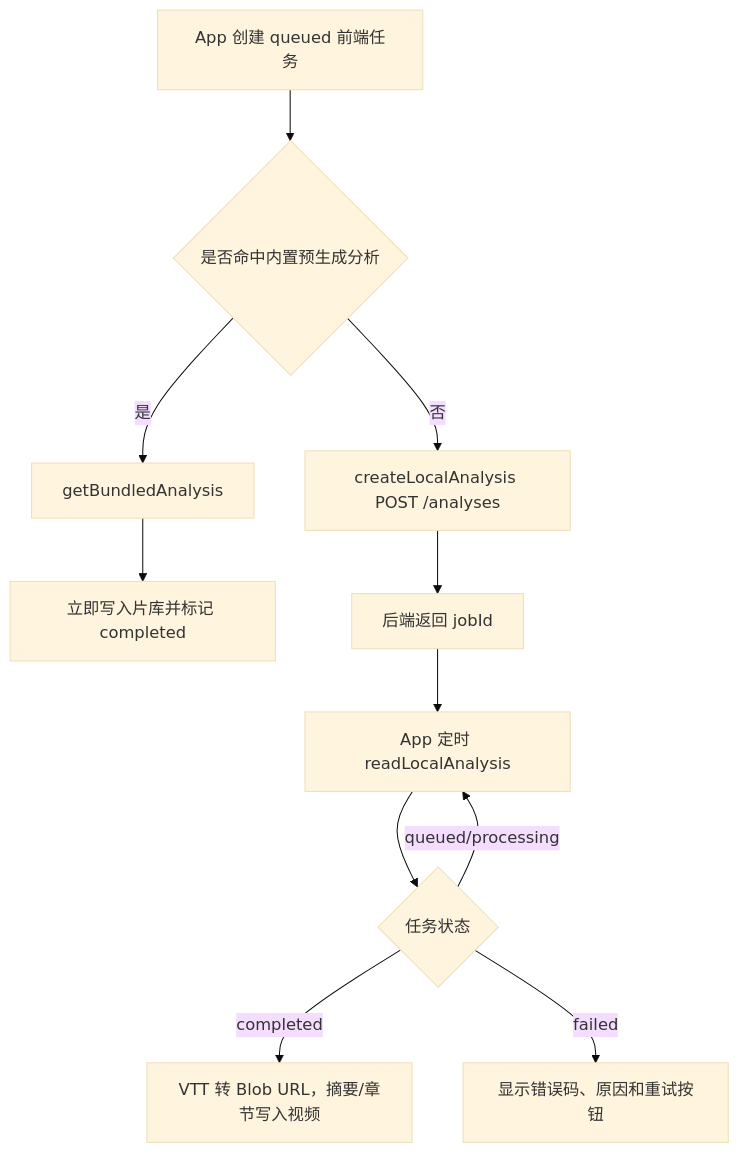
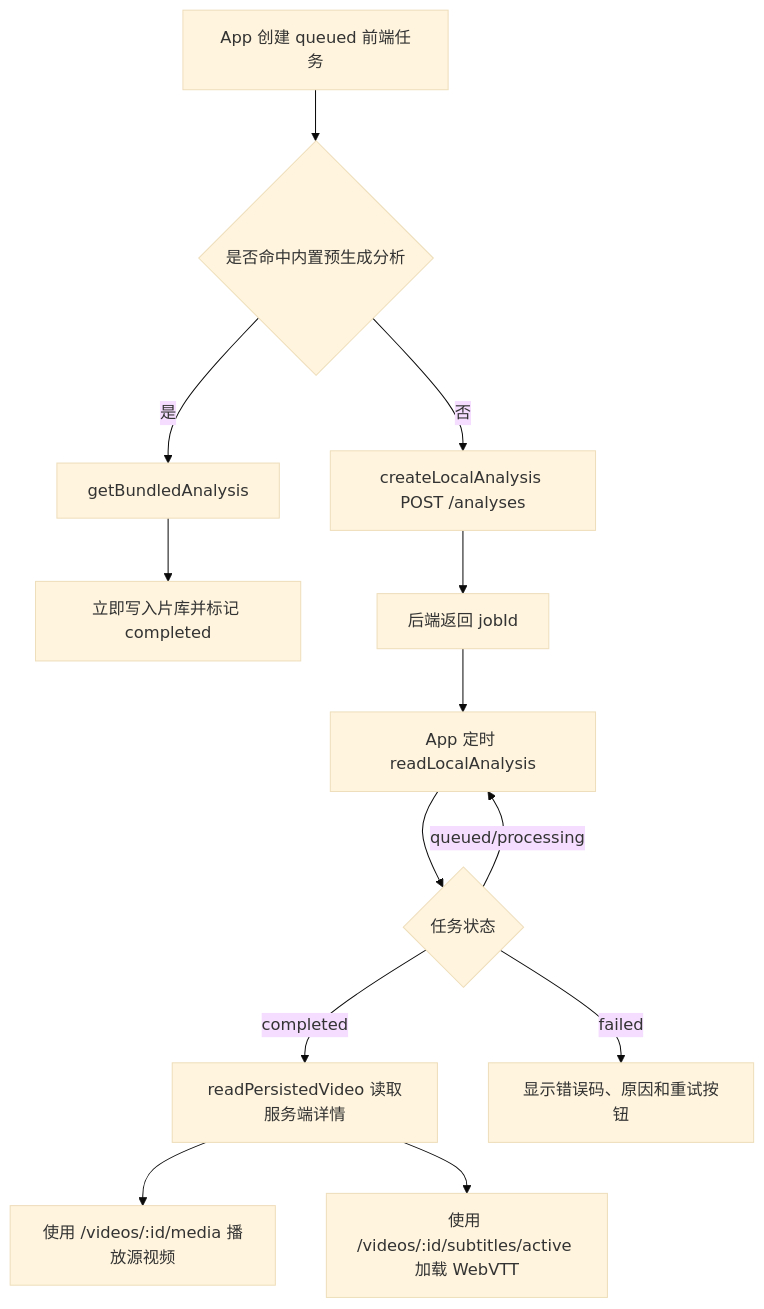
Before and after one commit to qwe605/xunlei_ai_video: diagram 11 of 20 in docs/项目说明文档.md, drawn with Mermaid (base theme). The commit also changed other lines of this file and 22 other files, not shown here.

````diff
--- a/docs/项目说明文档.md
+++ b/docs/项目说明文档.md
@@ -536,13 +586,15 @@
 ```mermaid
 flowchart TD
     A["App 创建 queued 前端任务"] --> B{"是否命中内置预生成分析"}
     B -->|是| C["getBundledAnalysis"]
     C --> D["立即写入片库并标记 completed"]
     B -->|否| E["createLocalAnalysis POST /analyses"]
     E --> F["后端返回 jobId"]
     F --> G["App 定时 readLocalAnalysis"]
     G --> H{"任务状态"}
     H -->|queued/processing| G
-    H -->|completed| I["VTT 转 Blob URL，摘要/章节写入视频"]
+    H -->|completed| I["readPersistedVideo 读取服务端详情"]
+    I --> K["使用 /videos/:id/media 播放源视频"]
+    I --> L["使用 /videos/:id/subtitles/active 加载 WebVTT"]
     H -->|failed| J["显示错误码、原因和重试按钮"]
 ```
````
